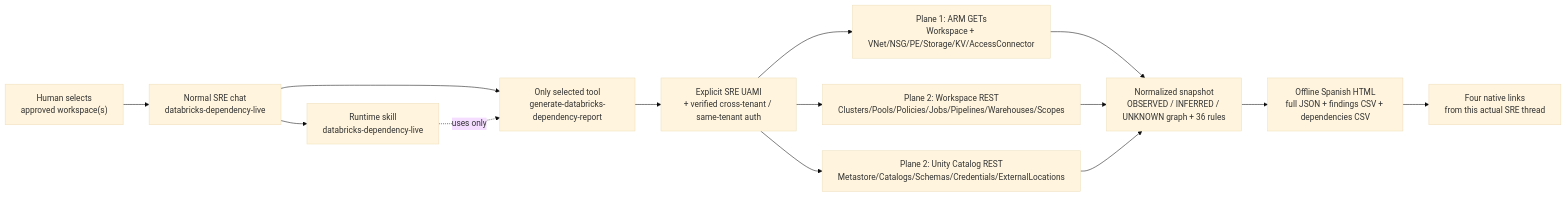
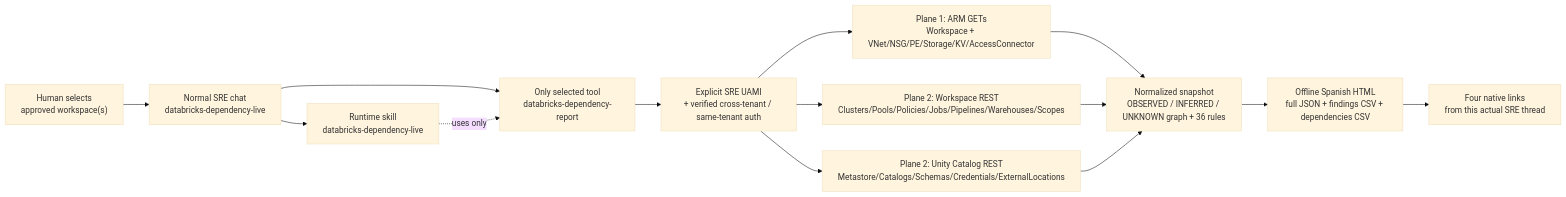
The diagram in 02-databricks-dependency-review/README-tecnico-EN.md (marioaguileraaa/sre-agent-guia-aks-databricks), drawn with Mermaid (base theme) before and after one commit. The commit also changed other lines of this file and 15 other files, not shown here.

````diff
--- a/02-databricks-dependency-review/README-tecnico-EN.md
+++ b/02-databricks-dependency-review/README-tecnico-EN.md
@@ -236,16 +265,16 @@
 ```mermaid
 flowchart LR
     H["Human selects<br/>approved workspace(s)"] --> C["Normal SRE chat<br/>databricks-dependency-live"]
     C --> S["Runtime skill<br/>databricks-dependency-live"]
-    C --> T["Only selected tool<br/>generate-databricks-dependency-report"]
+    C --> T["Only selected tool<br/>databricks-dependency-report"]
     S -.->|"uses only"| T
     T --> I["Explicit SRE UAMI<br/>+ verified cross-tenant / same-tenant auth"]
     I --> A["Plane 1: ARM GETs<br/>Workspace + VNet/NSG/PE/Storage/KV/AccessConnector"]
     I --> D["Plane 2: Workspace REST<br/>Clusters/Pools/Policies/Jobs/Pipelines/Warehouses/Scopes"]
     I --> U["Plane 2: Unity Catalog REST<br/>Metastore/Catalogs/Schemas/Credentials/ExternalLocations"]
     A --> M["Normalized snapshot<br/>OBSERVED / INFERRED / UNKNOWN graph + 36 rules"]
     D --> M
     U --> M
     M --> R["Offline Spanish HTML<br/>full JSON + findings CSV + dependencies CSV"]
     R --> F["Four native links<br/>from this actual SRE thread"]
 ```
````
